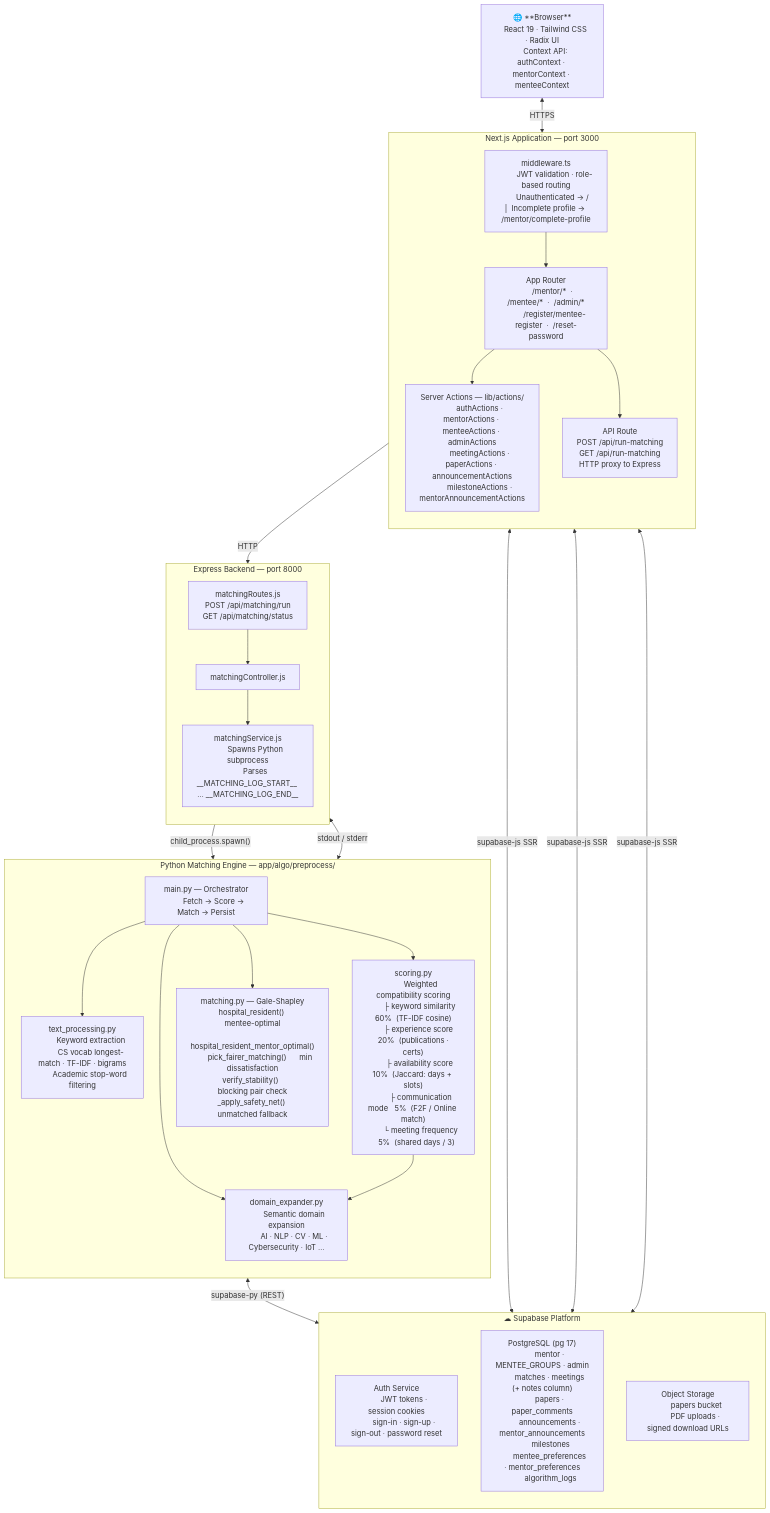
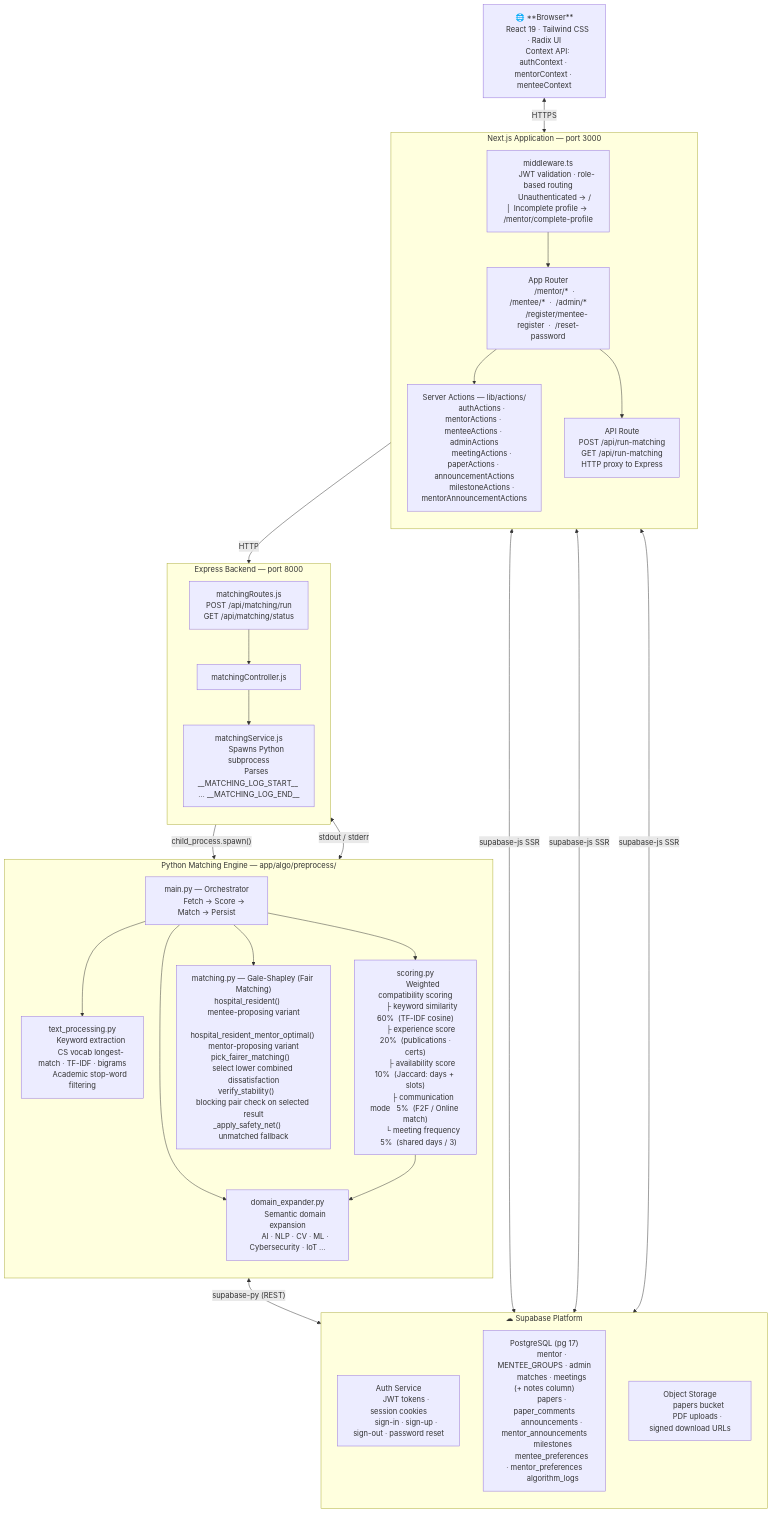
One commit to ieqisg/fortis-nexus changed the seventh of 7 diagrams in docs/system-diagrams.md. Above: the diagram before and after it, drawn with Mermaid. The commit also changed other lines of this file and 2 other files, not shown here.

```diff
--- a/docs/system-diagrams.md
+++ b/docs/system-diagrams.md
@@ -525,12 +525,12 @@
         ├ communication mode   5%  (F2F / Online match)
         └ meeting frequency    5%  (shared days / 3)"]
 
-        Matching["matching.py — Gale-Shapley
-        hospital_resident()         mentee-optimal
-        hospital_resident_mentor_optimal()
-        pick_fairer_matching()      min dissatisfaction
-        verify_stability()          blocking pair check
-        _apply_safety_net()         unmatched fallback"]
+        Matching["matching.py — Gale-Shapley (Fair Matching)
+        hospital_resident()              mentee-proposing variant
+        hospital_resident_mentor_optimal() mentor-proposing variant
+        pick_fairer_matching()           select lower combined dissatisfaction
+        verify_stability()               blocking pair check on selected result
+        _apply_safety_net()              unmatched fallback"]
     end
 
     Browser <-->|"HTTPS"| MW
```
